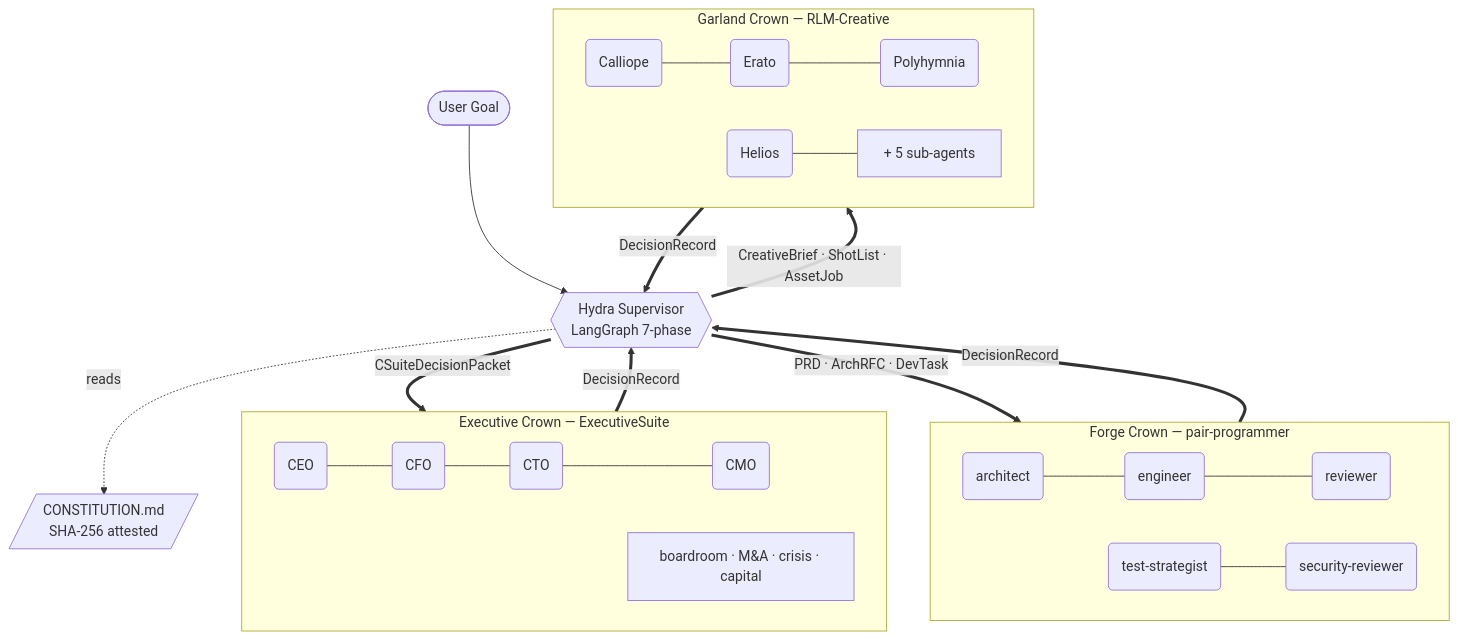
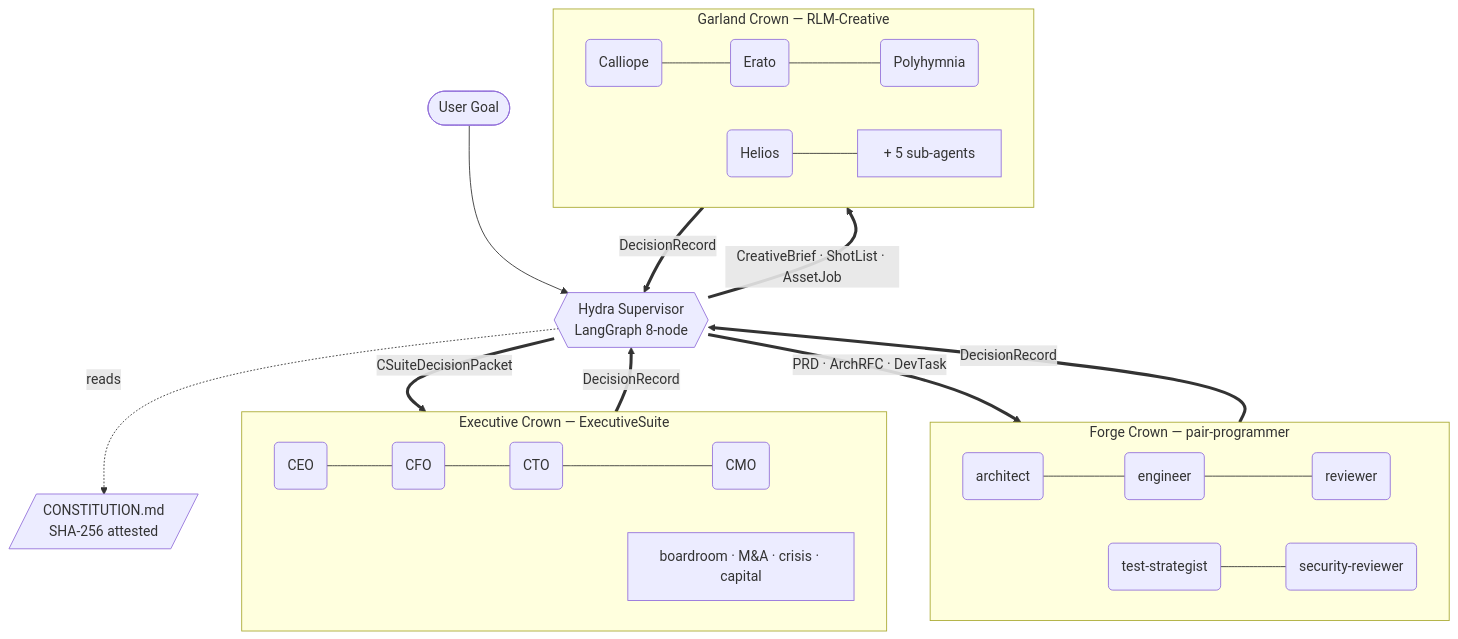
One commit to lebobo88/Hydra changed the third of 3 diagrams in README.md. Above: the diagram before and after it, drawn with Mermaid. The commit also changed other lines of this file and 12 other files, not shown here.

````diff
--- a/README.md
+++ b/README.md
@@ -139,33 +146,33 @@
 ```mermaid
 graph TD
     USER([User Goal])
-    HYDRA{{"Hydra Supervisor<br/>LangGraph 7-phase"}}
+    HYDRA{{"Hydra Supervisor<br/>LangGraph 8-node"}}
     IMMORTAL[/"CONSTITUTION.md<br/>SHA-256 attested"/]
 
     subgraph EXEC["Executive Crown — ExecutiveSuite"]
         direction LR
         E1(CEO) --- E2(CFO) --- E3(CTO) --- E4(CMO)
         E5["boardroom · M&A · crisis · capital"]
     end
 
     subgraph FORGE["Forge Crown — pair-programmer"]
         direction LR
         F1(architect) --- F2(engineer) --- F3(reviewer)
         F4(test-strategist) --- F5(security-reviewer)
     end
 
     subgraph GARLAND["Garland Crown — RLM-Creative"]
         direction LR
         G1(Calliope) --- G2(Erato) --- G3(Polyhymnia)
         G4(Helios) --- G5["+ 5 sub-agents"]
     end
 
     USER --> HYDRA
     HYDRA -.->|reads| IMMORTAL
     HYDRA ==>|"CSuiteDecisionPacket"| EXEC
     HYDRA ==>|"PRD · ArchRFC · DevTask"| FORGE
     HYDRA ==>|"CreativeBrief · ShotList · AssetJob"| GARLAND
     EXEC ==>|"DecisionRecord"| HYDRA
     FORGE ==>|"DecisionRecord"| HYDRA
     GARLAND ==>|"DecisionRecord"| HYDRA
 ```
````
